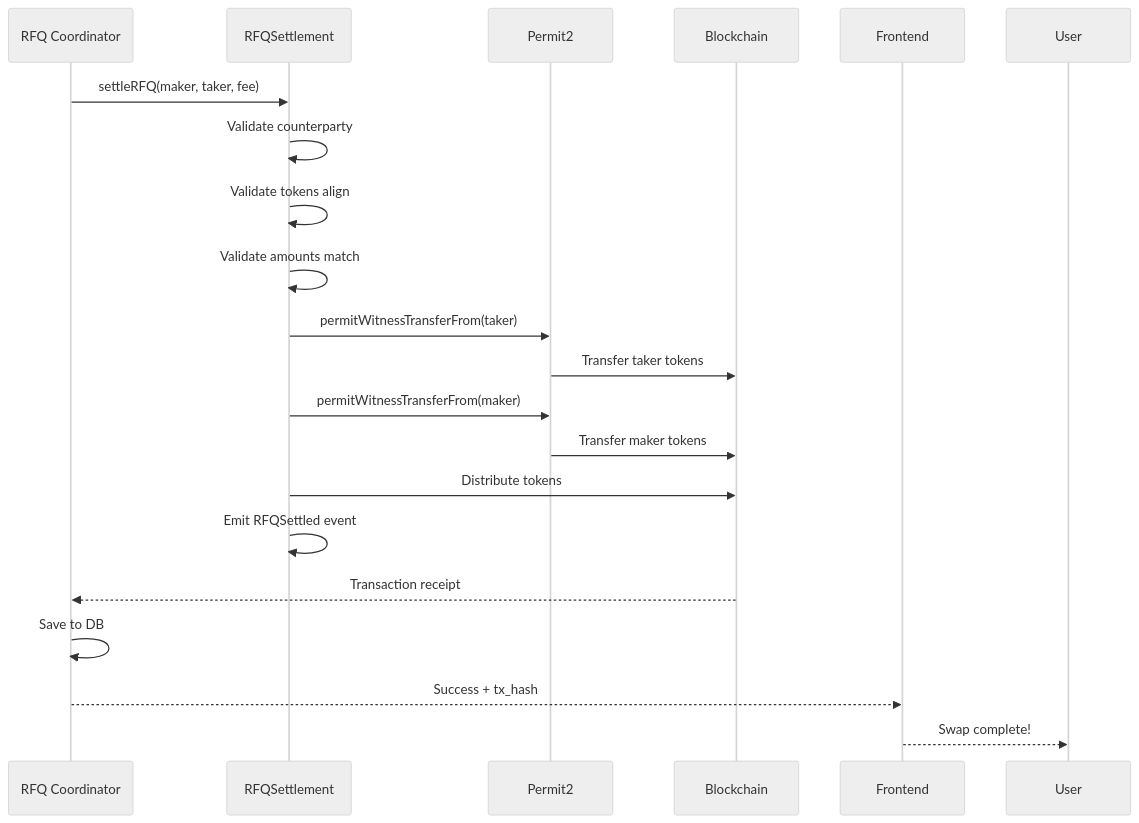
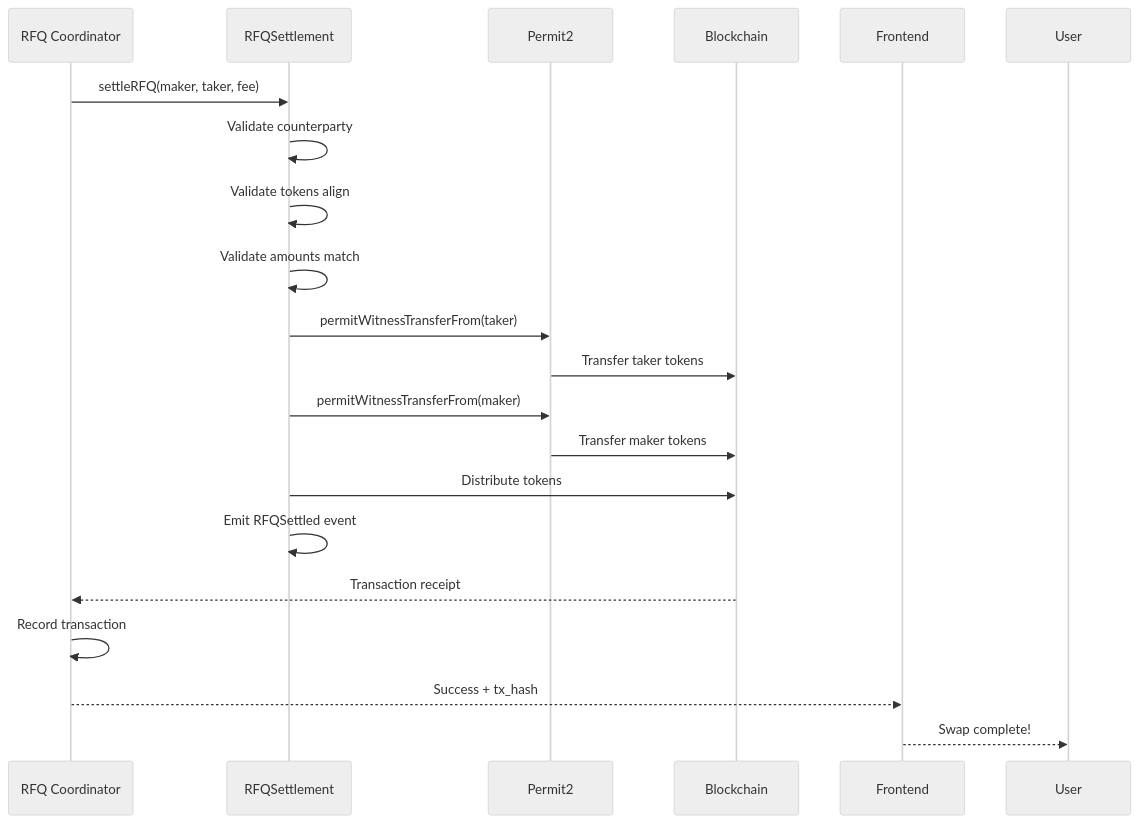
The fifth of 5 diagrams in concepts/architecture/flow-diagram.mdx (Miljan9602/docs), drawn with Mermaid (neutral theme) before and after one commit. The commit also changed other lines of this file and 2 other files, not shown here.

Commit message:
removed non relevant data

````diff
--- a/concepts/architecture/flow-diagram.mdx
+++ b/concepts/architecture/flow-diagram.mdx
@@ -171,24 +171,24 @@
 ```mermaid
 sequenceDiagram
     participant S as RFQ Coordinator
     participant R as RFQSettlement
     participant P as Permit2
     participant B as Blockchain
     participant F as Frontend
     participant U as User
 
     S->>R: settleRFQ(maker, taker, fee)
     R->>R: Validate counterparty
     R->>R: Validate tokens align
     R->>R: Validate amounts match
     R->>P: permitWitnessTransferFrom(taker)
     P->>B: Transfer taker tokens
     R->>P: permitWitnessTransferFrom(maker)
     P->>B: Transfer maker tokens
     R->>B: Distribute tokens
     R->>R: Emit RFQSettled event
     B-->>S: Transaction receipt
-    S->>S: Save to DB
+    S->>S: Record transaction
     S-->>F: Success + tx_hash
     F-->>U: Swap complete!
 ```
````
